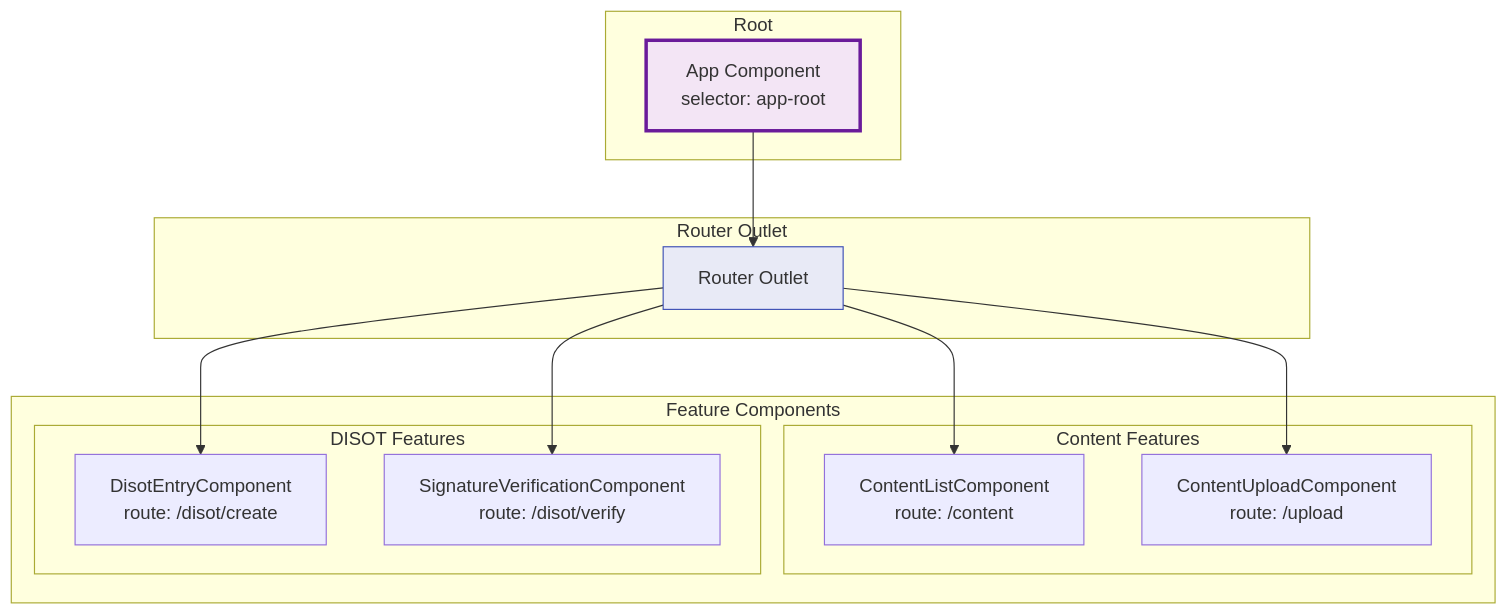
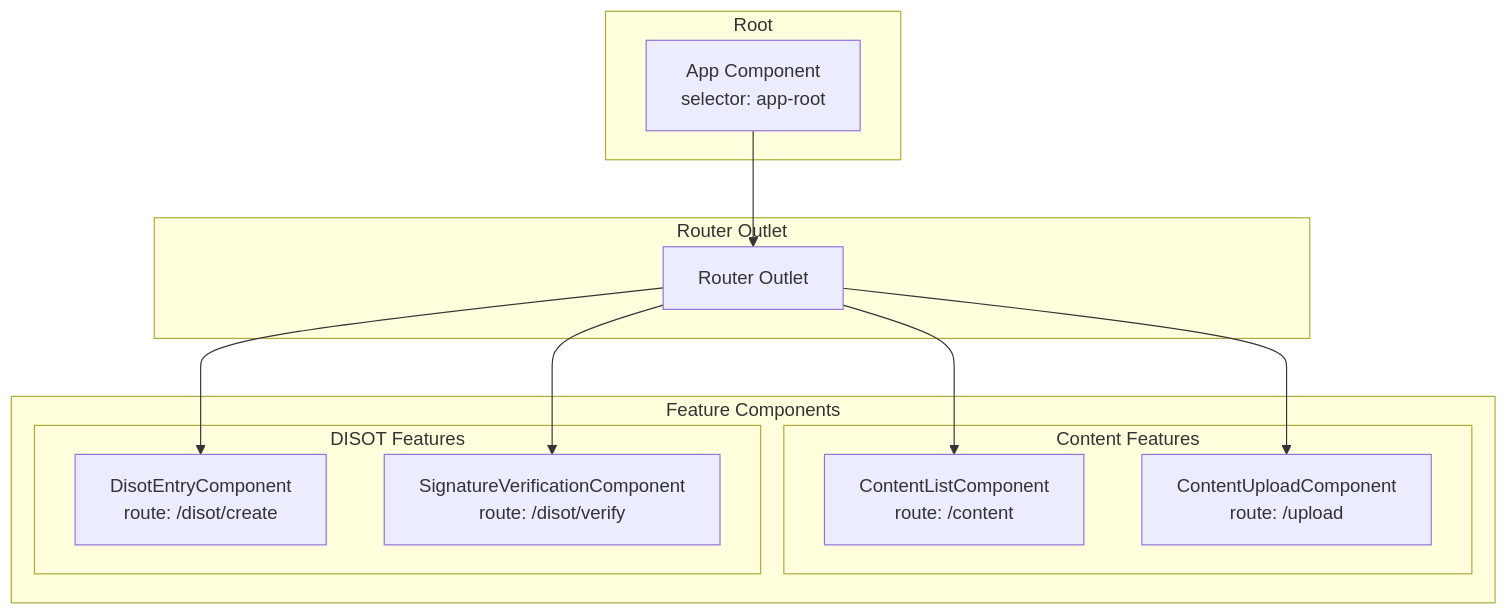
One commit to o2alexanderfedin/angular-cas-disot changed the second of 13 diagrams in docs/architecture/component-architecture.md. Above: the diagram before and after it, drawn with Mermaid. The commit also changed other lines of this file and 18 other files, not shown here.

````diff
--- a/docs/architecture/component-architecture.md
+++ b/docs/architecture/component-architecture.md
@@ -63,31 +63,31 @@
 ```mermaid
 graph TD
     subgraph "Root"
         APP[App Component<br/>selector: app-root]
     end
     
     subgraph "Router Outlet"
         ROUTER[Router Outlet]
     end
     
     subgraph "Feature Components"
         subgraph "Content Features"
             CL[ContentListComponent<br/>route: /content]
             CU[ContentUploadComponent<br/>route: /upload]
         end
         
         subgraph "DISOT Features"
             DE[DisotEntryComponent<br/>route: /disot/create]
             SV[SignatureVerificationComponent<br/>route: /disot/verify]
         end
     end
     
     APP --> ROUTER
     ROUTER --> CL
     ROUTER --> CU
     ROUTER --> DE
     ROUTER --> SV
     
-    style APP fill:#f3e5f5,stroke:#6a1b9a,stroke-width:3px
-    style ROUTER fill:#e8eaf6,stroke:#3f51b5
+    
+    
 ```
````
